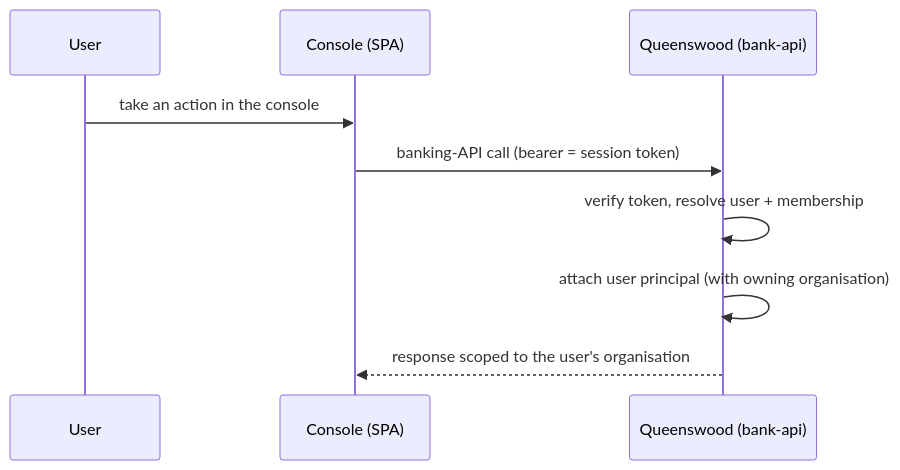
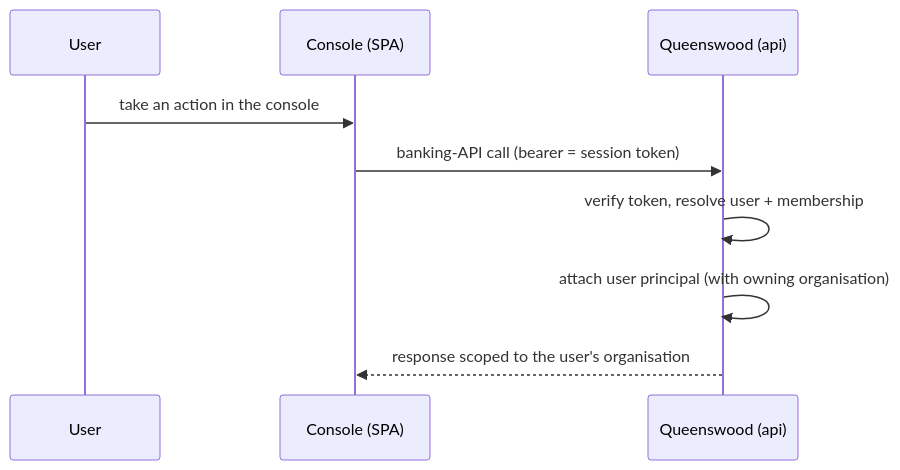
One commit to kjothen/queenswood changed the third of 3 diagrams in docs/prd/users.md. Above: the diagram before and after it, drawn with Mermaid. The commit also changed other lines of this file and 51 other files, not shown here.

````diff
--- a/docs/prd/users.md
+++ b/docs/prd/users.md
@@ -221,12 +221,12 @@
 ```mermaid
 sequenceDiagram
     participant U as User
     participant C as Console (SPA)
-    participant Q as Queenswood (bank-api)
+    participant Q as Queenswood (api)
 
     U->>C: take an action in the console
     C->>Q: banking-API call (bearer = session token)
     Q->>Q: verify token, resolve user + membership
     Q->>Q: attach user principal (with owning organisation)
     Q-->>C: response scoped to the user's organisation
 ```
````
